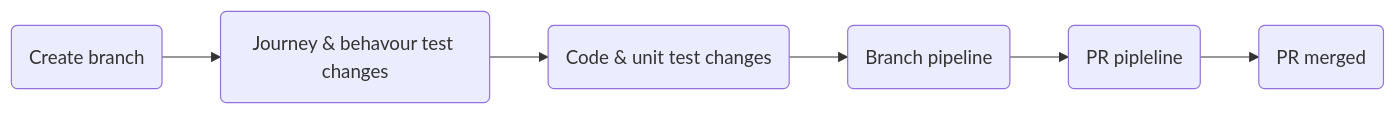
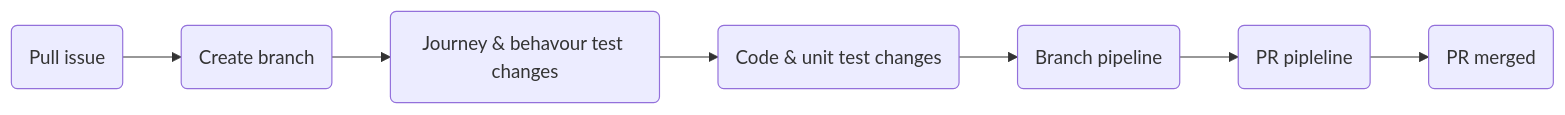
One commit to ContinuousEngineeringProject/ContinuousEngineeringProject.github.io changed the third of 4 diagrams in docs/factory_pipelines.md. Above: the diagram before and after it, drawn with Mermaid. The commit also changed other lines of this file, not shown here.

````diff
--- a/docs/factory_pipelines.md
+++ b/docs/factory_pipelines.md
@@ -37,11 +37,12 @@
 ```mermaid
 flowchart LR
+  id0(Pull issue)
   id1(Create branch)
   id2(Journey & behavour test changes)
   id3(Code & unit test changes)
   id4(Branch pipeline)
   id5(PR pipleline)
   id6(PR merged)
   
-  id1 --> id2 --> id3 --> id4 --> id5 --> id6
+  id0 --> id1 --> id2 --> id3 --> id4 --> id5 --> id6
 ```
````
